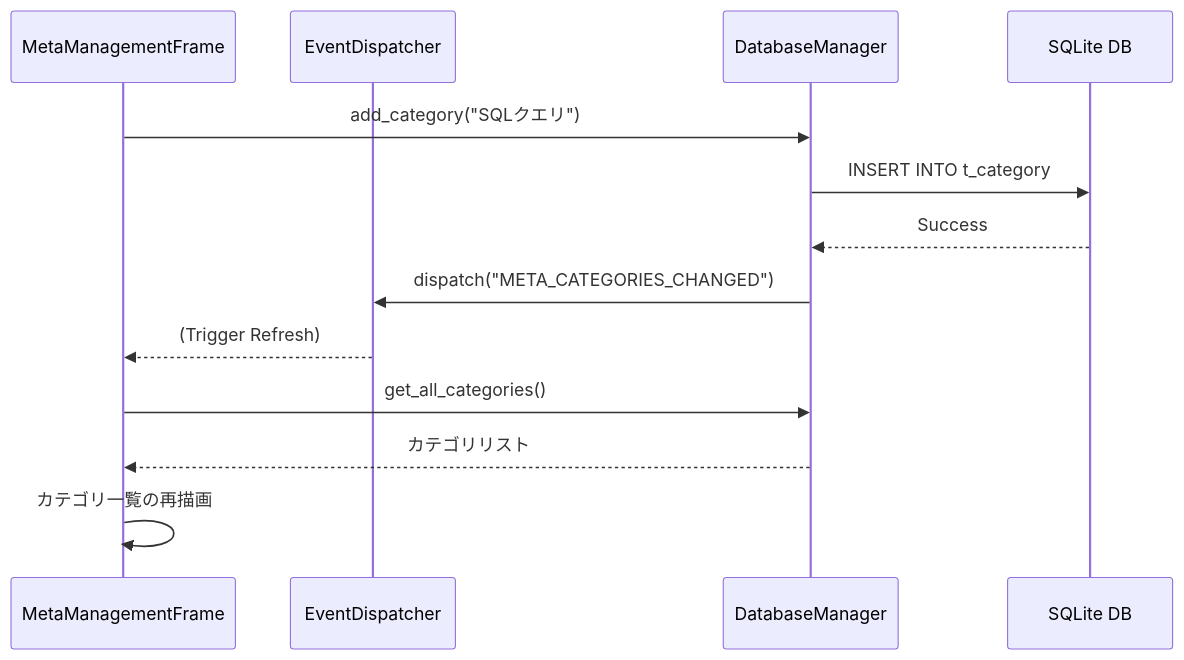
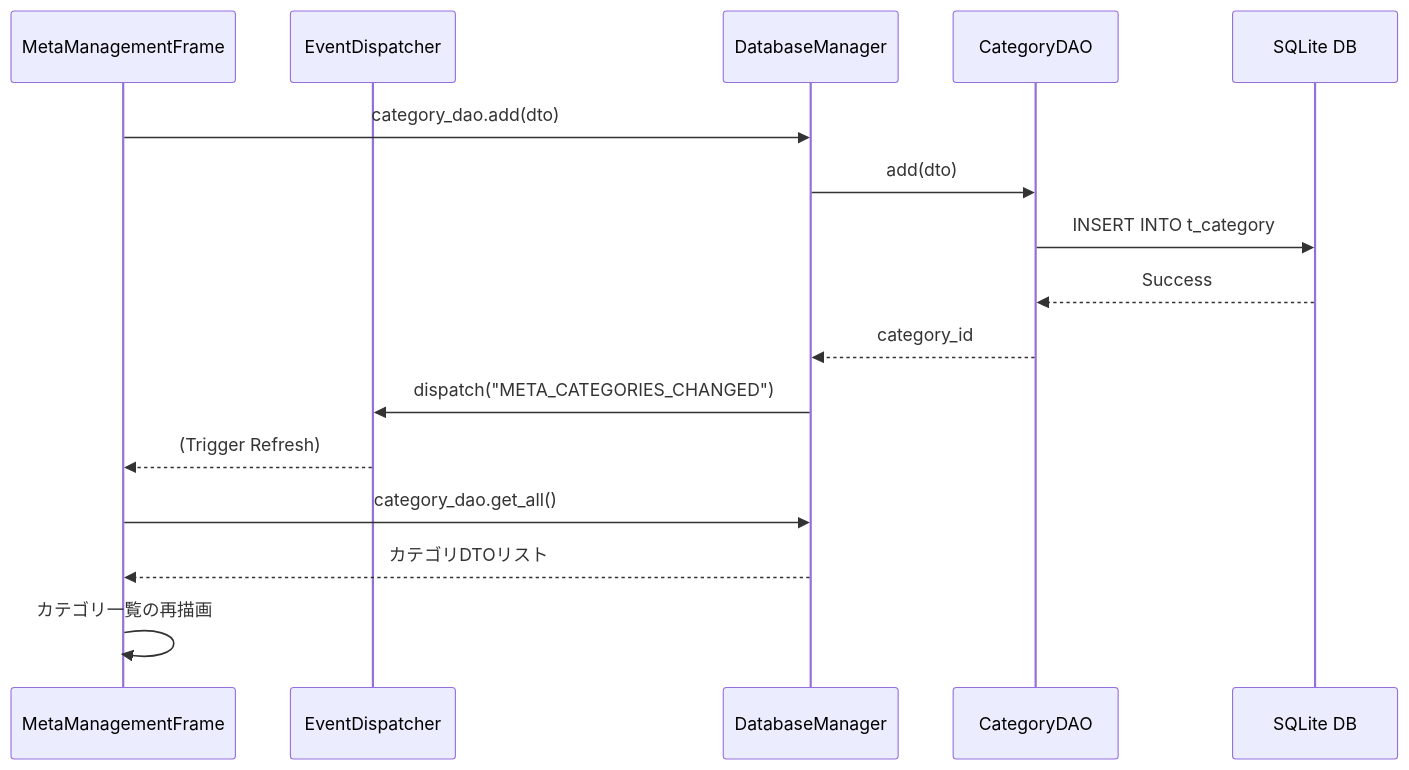
One commit to xzyozi/Clip_Watcher changed the second of 3 diagrams in doc/META_MANAGEMENT_DESIGN.md. Above: the diagram before and after it, drawn with Mermaid. The commit also changed other lines of this file, not shown here.

Commit message:
docs: 最新の DAO/DTO および src/db 構成に合わせて設計書を修正・更新

````diff
--- a/doc/META_MANAGEMENT_DESIGN.md
+++ b/doc/META_MANAGEMENT_DESIGN.md
@@ -148,16 +148,19 @@
 ```mermaid
 sequenceDiagram
     participant UI as MetaManagementFrame
     participant ED as EventDispatcher
     participant DBM as DatabaseManager
+    participant DAO as CategoryDAO
     participant DB as SQLite DB
 
-    UI->>DBM: add_category("SQLクエリ")
-    DBM->>DB: INSERT INTO t_category
-    DB-->>DBM: Success
+    UI->>DBM: category_dao.add(dto)
+    DBM->>DAO: add(dto)
+    DAO->>DB: INSERT INTO t_category
+    DB-->>DAO: Success
+    DAO-->>DBM: category_id
     DBM->>ED: dispatch("META_CATEGORIES_CHANGED")
     ED-->>UI: (Trigger Refresh)
-    UI->>DBM: get_all_categories()
-    DBM-->>UI: カテゴリリスト
+    UI->>DBM: category_dao.get_all()
+    DBM-->>UI: カテゴリDTOリスト
     UI->>UI: カテゴリ一覧の再描画
 ```
````
